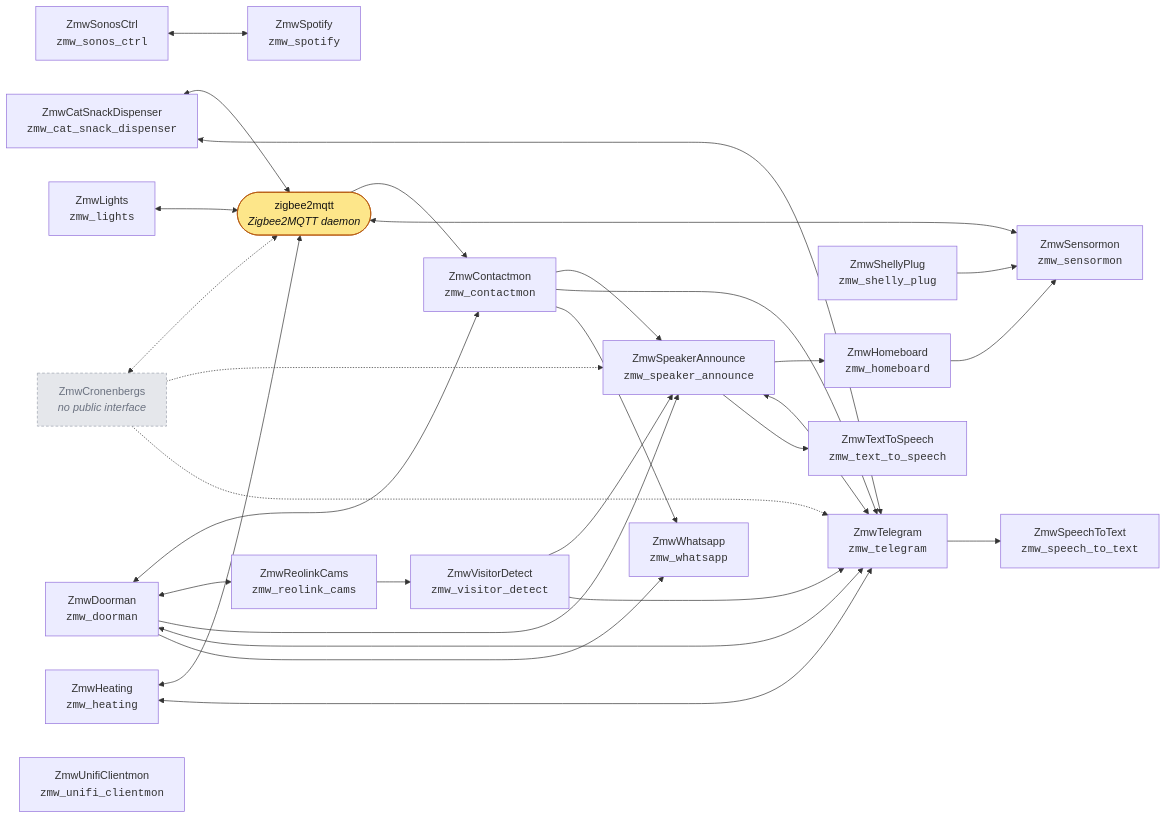
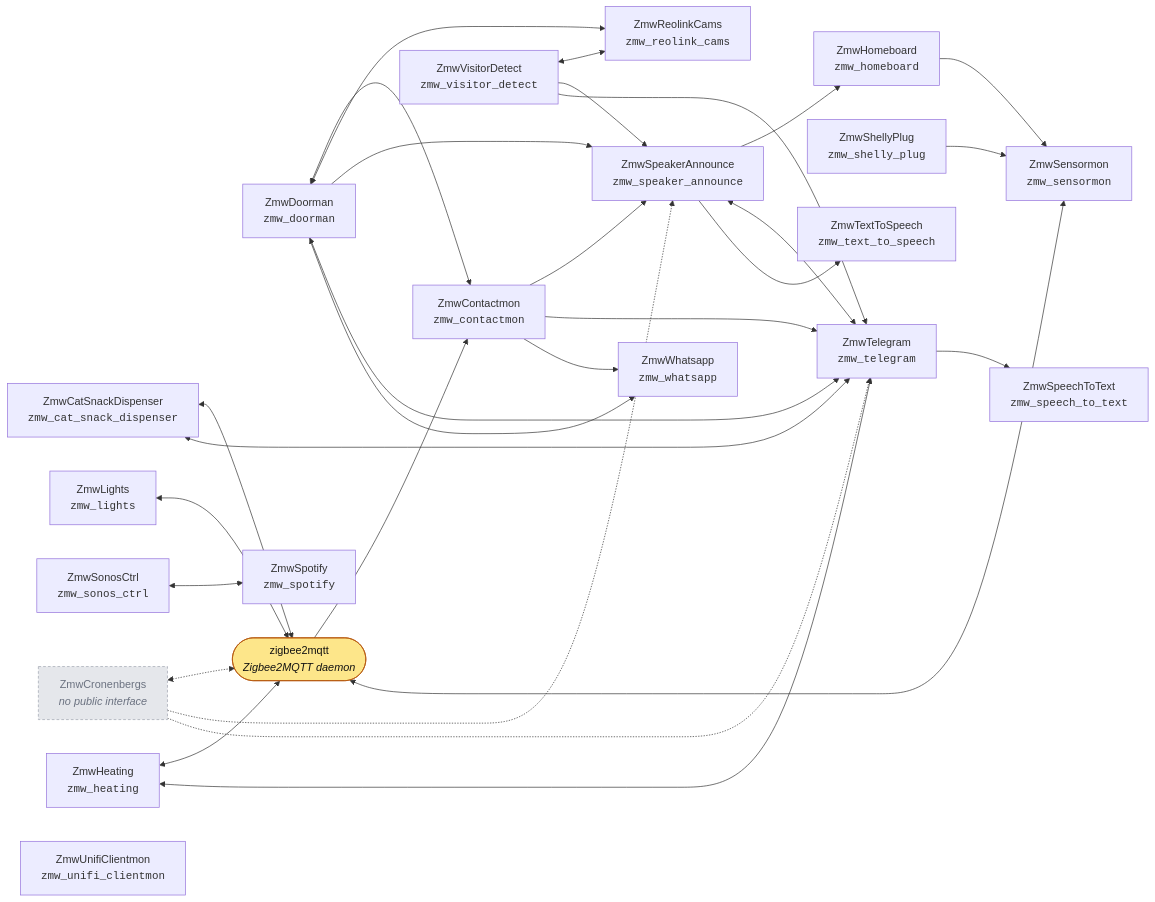
One commit to nicolasbrailo/zmw changed the diagram in README.md. Above: the diagram before and after it, drawn with Mermaid. The commit also changed other lines of this file and 14 other files, not shown here.

````diff
--- a/README.md
+++ b/README.md
@@ -88,57 +88,57 @@
 ```mermaid
 flowchart LR
     zmw_cat_snack_dispenser["ZmwCatSnackDispenser<br/><code>zmw_cat_snack_dispenser</code>"]
     zmw_contactmon["ZmwContactmon<br/><code>zmw_contactmon</code>"]
     zmw_cronenbergs["ZmwCronenbergs<br/><i>no public interface</i>"]
     zmw_doorman["ZmwDoorman<br/><code>zmw_doorman</code>"]
     zmw_heating["ZmwHeating<br/><code>zmw_heating</code>"]
     zmw_homeboard["ZmwHomeboard<br/><code>zmw_homeboard</code>"]
     zmw_lights["ZmwLights<br/><code>zmw_lights</code>"]
     zmw_reolink_cams["ZmwReolinkCams<br/><code>zmw_reolink_cams</code>"]
     zmw_sensormon["ZmwSensormon<br/><code>zmw_sensormon</code>"]
     zmw_shelly_plug["ZmwShellyPlug<br/><code>zmw_shelly_plug</code>"]
     zmw_sonos_ctrl["ZmwSonosCtrl<br/><code>zmw_sonos_ctrl</code>"]
     zmw_speaker_announce["ZmwSpeakerAnnounce<br/><code>zmw_speaker_announce</code>"]
     zmw_speech_to_text["ZmwSpeechToText<br/><code>zmw_speech_to_text</code>"]
     zmw_spotify["ZmwSpotify<br/><code>zmw_spotify</code>"]
     zmw_telegram["ZmwTelegram<br/><code>zmw_telegram</code>"]
     zmw_text_to_speech["ZmwTextToSpeech<br/><code>zmw_text_to_speech</code>"]
     zmw_unifi_clientmon["ZmwUnifiClientmon<br/><code>zmw_unifi_clientmon</code>"]
     zmw_visitor_detect["ZmwVisitorDetect<br/><code>zmw_visitor_detect</code>"]
     zmw_whatsapp["ZmwWhatsapp<br/><code>zmw_whatsapp</code>"]
     zigbee2mqtt(["zigbee2mqtt<br/><i>Zigbee2MQTT daemon</i>"])
 
     zmw_cat_snack_dispenser <--> zigbee2mqtt
     zmw_cat_snack_dispenser <--> zmw_telegram
     zigbee2mqtt --> zmw_contactmon
     zmw_contactmon --> zmw_speaker_announce
     zmw_contactmon --> zmw_telegram
     zmw_contactmon --> zmw_whatsapp
     zmw_cronenbergs <-.-> zigbee2mqtt
     zmw_cronenbergs -.-> zmw_speaker_announce
     zmw_cronenbergs -.-> zmw_telegram
     zmw_doorman <--> zmw_contactmon
     zmw_doorman <--> zmw_reolink_cams
     zmw_doorman --> zmw_speaker_announce
     zmw_doorman <--> zmw_telegram
     zmw_doorman --> zmw_whatsapp
     zmw_heating <--> zigbee2mqtt
     zmw_heating <--> zmw_telegram
     zmw_speaker_announce --> zmw_homeboard
     zmw_lights <--> zigbee2mqtt
     zmw_sensormon <--> zigbee2mqtt
     zmw_homeboard --> zmw_sensormon
     zmw_shelly_plug --> zmw_sensormon
     zmw_sonos_ctrl <--> zmw_spotify
     zmw_speaker_announce <--> zmw_telegram
     zmw_speaker_announce --> zmw_text_to_speech
     zmw_telegram --> zmw_speech_to_text
-    zmw_reolink_cams --> zmw_visitor_detect
+    zmw_visitor_detect <--> zmw_reolink_cams
     zmw_visitor_detect --> zmw_speaker_announce
     zmw_visitor_detect --> zmw_telegram
 
     class zigbee2mqtt external;
     class zmw_cronenbergs passive;
     classDef external fill:#fde68a,stroke:#b45309,color:#111;
     classDef passive fill:#e5e7eb,stroke:#9ca3af,color:#6b7280,stroke-dasharray:4 3;
 ```
````
